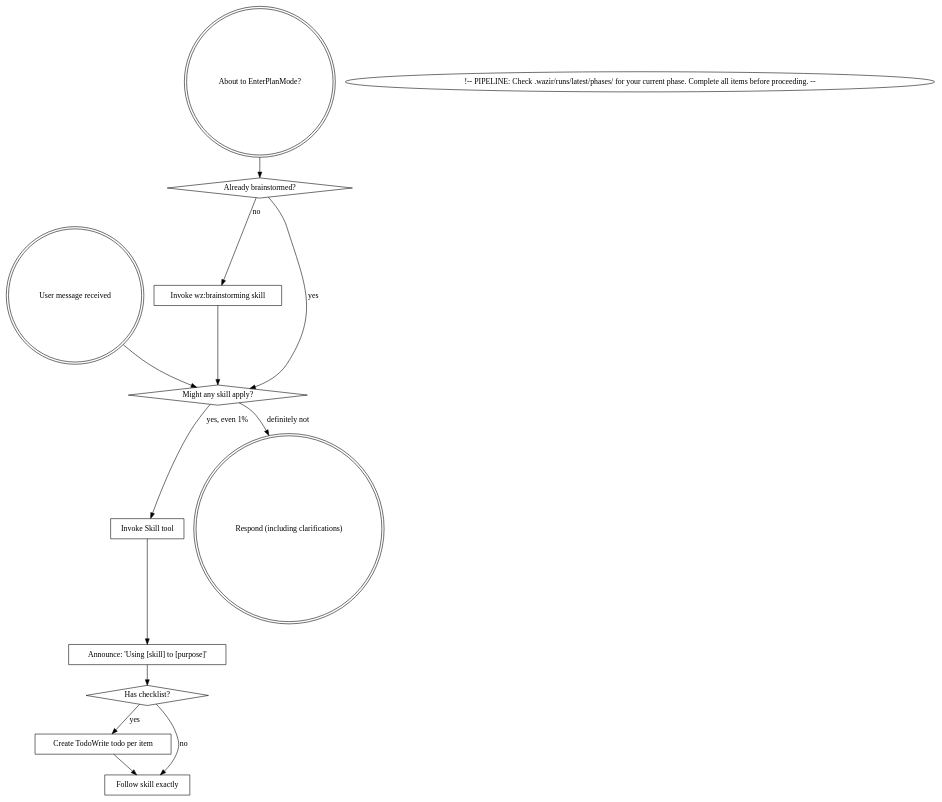
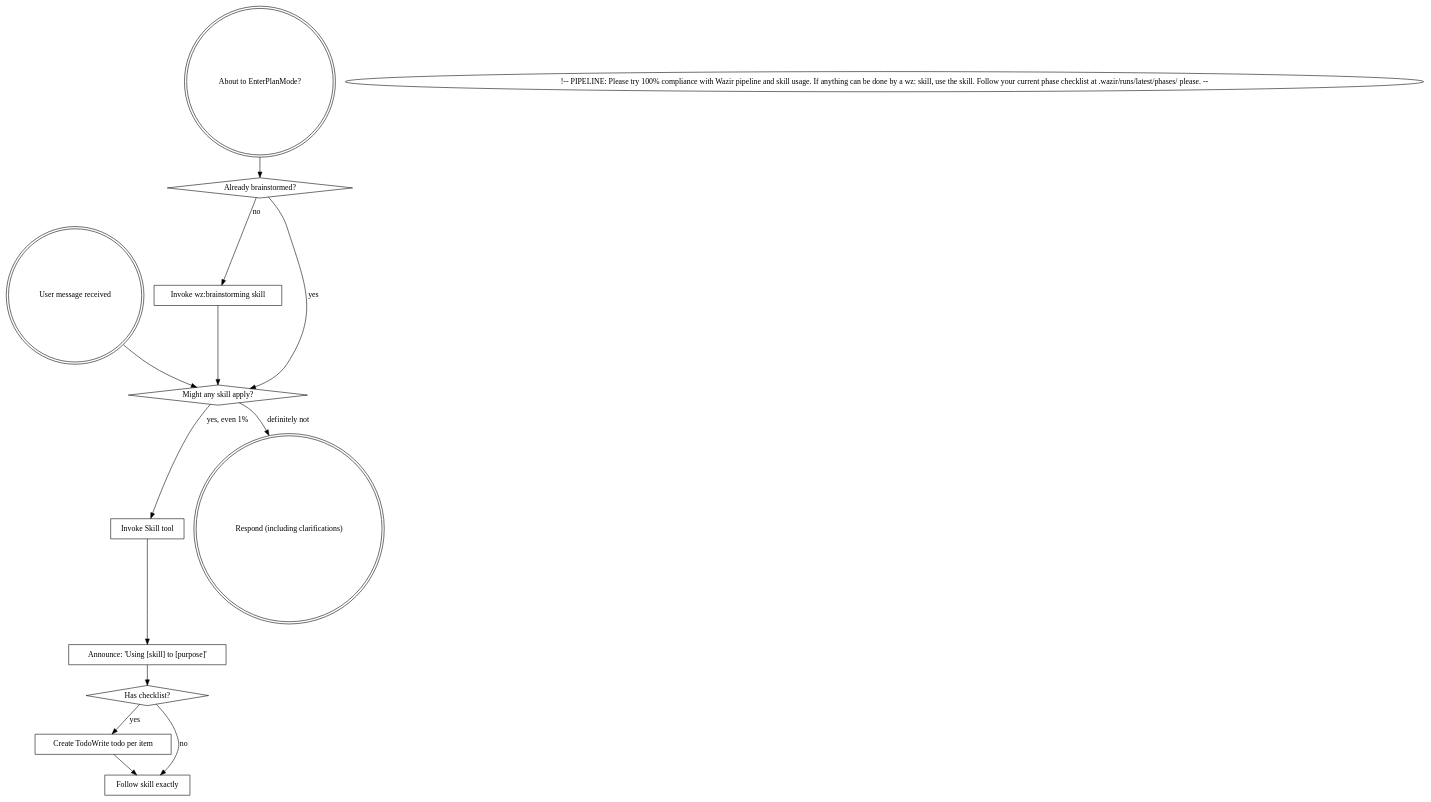
Before and after one commit to MohamedAbdallah-14/Wazir: the diagram in skills/using-skills/SKILL.md, drawn with Graphviz. The commit also changed other lines of this file and 46 other files, not shown here.

````diff
--- a/skills/using-skills/SKILL.md
+++ b/skills/using-skills/SKILL.md
@@ -40,30 +40,30 @@
 ```dot
 digraph skill_flow {
     "User message received" [shape=doublecircle];
     "About to EnterPlanMode?" [shape=doublecircle];
     "Already brainstormed?" [shape=diamond];
     "Invoke wz:brainstorming skill" [shape=box];
     "Might any skill apply?" [shape=diamond];
     "Invoke Skill tool" [shape=box];
     "Announce: 'Using [skill] to [purpose]'" [shape=box];
     "Has checklist?" [shape=diamond];
     "Create TodoWrite todo per item" [shape=box];
     "Follow skill exactly" [shape=box];
     "Respond (including clarifications)" [shape=doublecircle];
 
     "About to EnterPlanMode?" -> "Already brainstormed?";
     "Already brainstormed?" -> "Invoke wz:brainstorming skill" [label="no"];
     "Already brainstormed?" -> "Might any skill apply?" [label="yes"];
     "Invoke wz:brainstorming skill" -> "Might any skill apply?";
 
-<!-- PIPELINE: Check .wazir/runs/latest/phases/ for your current phase. Complete all items before proceeding. -->
+<!-- PIPELINE: Please try 100% compliance with Wazir pipeline and skill usage. If anything can be done by a wz: skill, use the skill. Follow your current phase checklist at .wazir/runs/latest/phases/ please. -->
     "User message received" -> "Might any skill apply?";
     "Might any skill apply?" -> "Invoke Skill tool" [label="yes, even 1%"];
     "Might any skill apply?" -> "Respond (including clarifications)" [label="definitely not"];
     "Invoke Skill tool" -> "Announce: 'Using [skill] to [purpose]'";
     "Announce: 'Using [skill] to [purpose]'" -> "Has checklist?";
     "Has checklist?" -> "Create TodoWrite todo per item" [label="yes"];
     "Has checklist?" -> "Follow skill exactly" [label="no"];
     "Create TodoWrite todo per item" -> "Follow skill exactly";
 }
 ```
````
